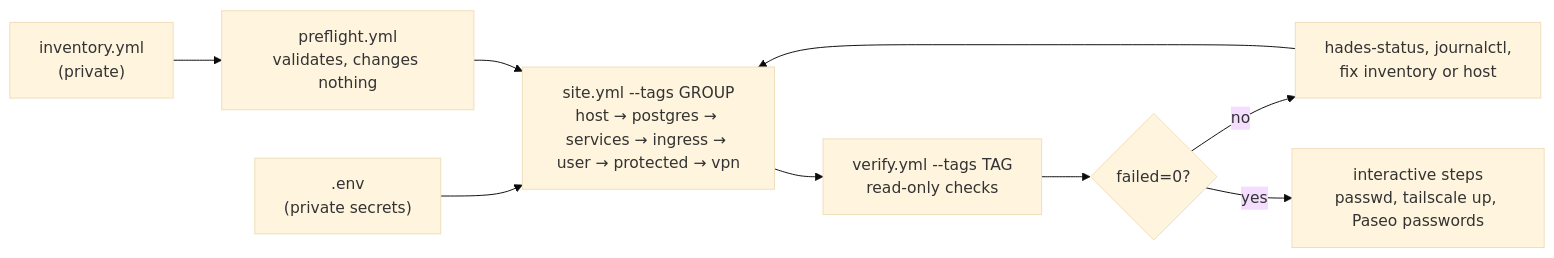
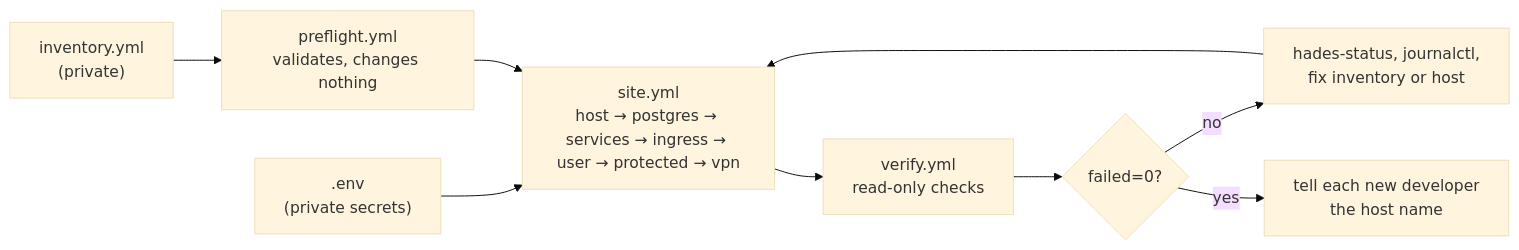
The first of 3 diagrams in docs/server.md (quotedo/hades), drawn with Mermaid (base theme) before and after one commit. The commit also changed other lines of this file and 7 other files, not shown here.

````diff
--- a/docs/server.md
+++ b/docs/server.md
@@ -26,10 +26,10 @@
 ```mermaid
 flowchart LR
   inv["inventory.yml<br/>(private)"] --> pre["preflight.yml<br/>validates, changes nothing"]
   env[".env<br/>(private secrets)"] --> site
-  pre --> site["site.yml --tags GROUP<br/>host → postgres → services → ingress → user → protected → vpn"]
-  site --> ver["verify.yml --tags TAG<br/>read-only checks"]
+  pre --> site["site.yml<br/>host → postgres → services → ingress → user → protected → vpn"]
+  site --> ver["verify.yml<br/>read-only checks"]
   ver --> ok{"failed=0?"}
   ok -- no --> fix["hades-status, journalctl,<br/>fix inventory or host"] --> site
-  ok -- yes --> steps["interactive steps<br/>passwd, tailscale up, Paseo passwords"]
+  ok -- yes --> tell["tell each new developer<br/>the host name"]
 ```
````
